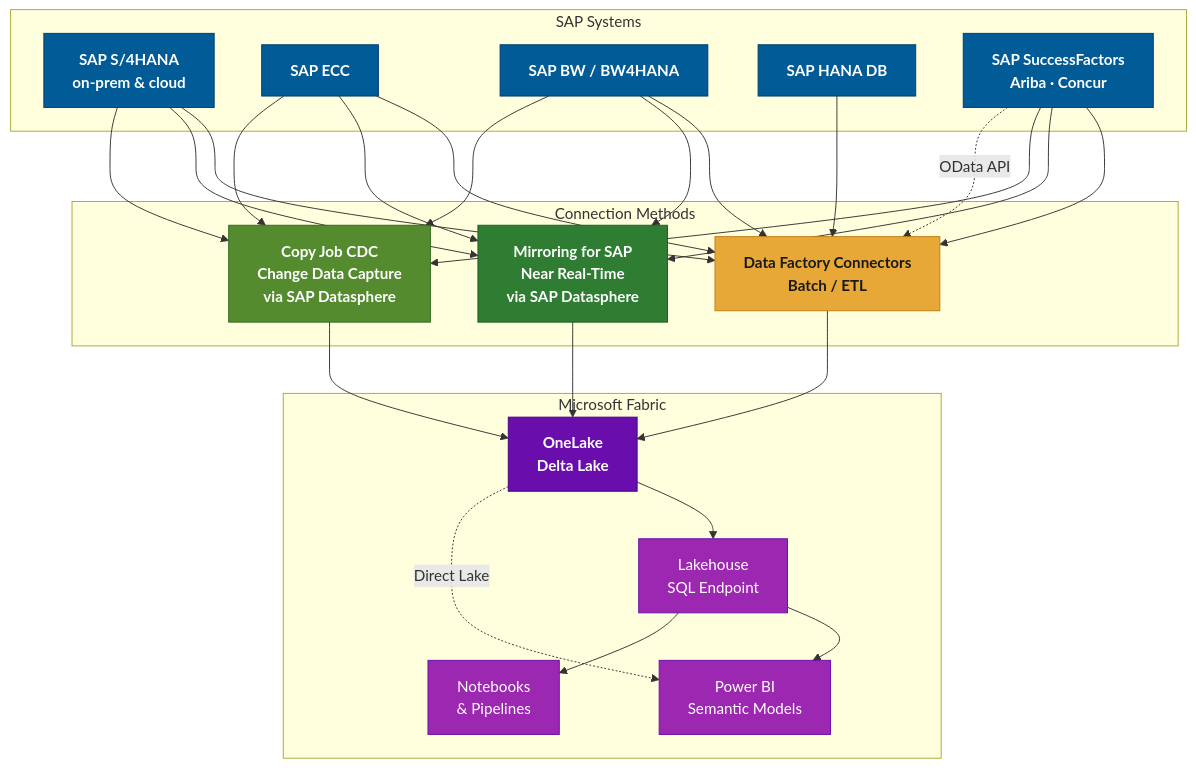
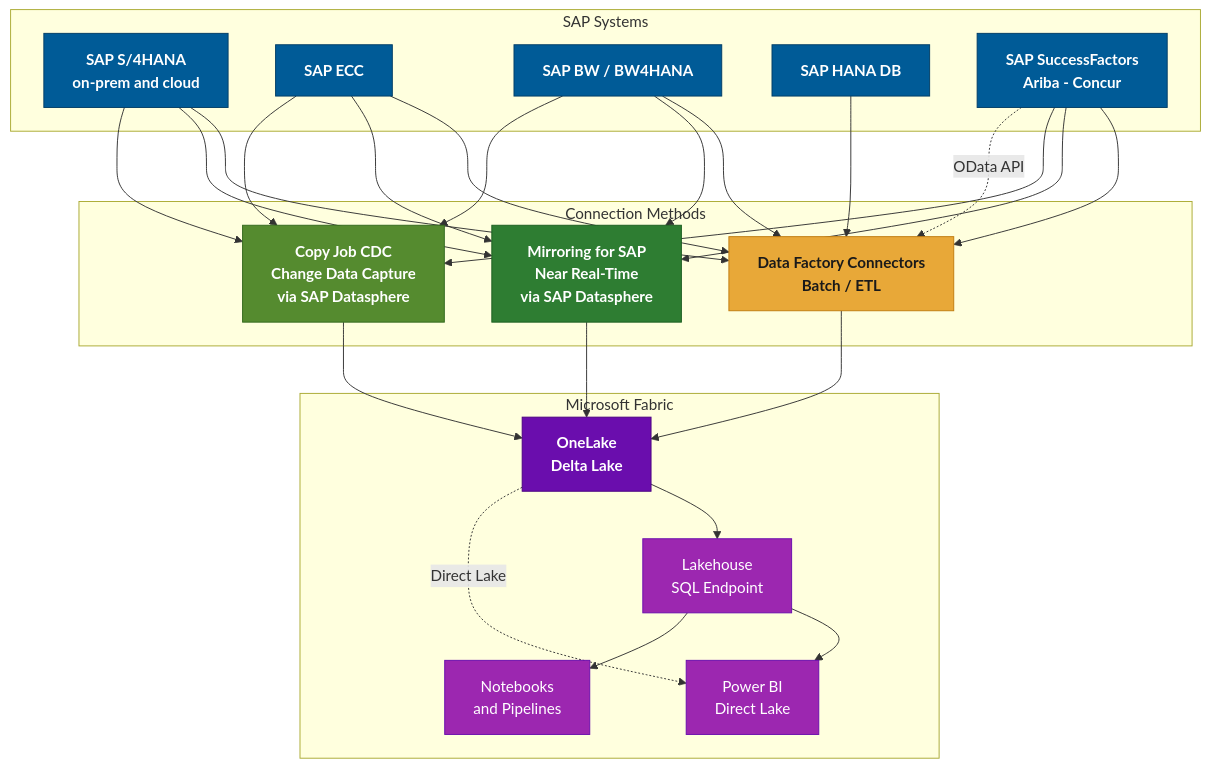
One commit to fredgis/fabric-foundry-kb changed the first of 5 diagrams in SAP_Fabric_Connectivity.md. Above: the diagram before and after it, drawn with Mermaid. The commit also changed other lines of this file and 2 other files, not shown here.

First line of the commit message:
SAP guide: full visual overhaul + per-method architecture diagrams

````diff
--- a/SAP_Fabric_Connectivity.md
+++ b/SAP_Fabric_Connectivity.md
@@ -29,50 +14,50 @@
 ```mermaid
 graph TD
     subgraph SAP["SAP Systems"]
-        S1[SAP S/4HANA<br/>on-prem & cloud]
+        S1[SAP S/4HANA<br/>on-prem and cloud]
         S2[SAP ECC]
         S3[SAP BW / BW4HANA]
         S4[SAP HANA DB]
-        S5[SAP SuccessFactors<br/>Ariba · Concur]
+        S5[SAP SuccessFactors<br/>Ariba - Concur]
     end
 
     subgraph Methods["Connection Methods"]
         M1[Data Factory Connectors<br/>Batch / ETL]
         M2[Mirroring for SAP<br/>Near Real-Time<br/>via SAP Datasphere]
         M3[Copy Job CDC<br/>Change Data Capture<br/>via SAP Datasphere]
     end
 
     subgraph Fabric["Microsoft Fabric"]
         F1[OneLake<br/>Delta Lake]
         F2[Lakehouse<br/>SQL Endpoint]
-        F3[Power BI<br/>Semantic Models]
-        F4[Notebooks<br/>& Pipelines]
+        F3[Power BI<br/>Direct Lake]
+        F4[Notebooks<br/>and Pipelines]
     end
 
     S1 & S2 & S3 & S4 & S5 --> M1
     S1 & S2 & S3 & S5 --> M2
     S1 & S2 & S3 & S5 --> M3
     S5 -.->|OData API| M1
 
     M1 --> F1
     M2 --> F1
     M3 --> F1
     F1 --> F2
     F2 --> F3
     F2 --> F4
     F1 -.->|Direct Lake| F3
 
     classDef sapStyle fill:#005B97,stroke:#003D66,color:#ffffff,font-weight:bold
     classDef methodBatch fill:#E8A838,stroke:#C07C10,color:#1a1a1a,font-weight:bold
     classDef methodMirror fill:#2E7D32,stroke:#1B5E20,color:#ffffff,font-weight:bold
     classDef methodCDC fill:#558B2F,stroke:#33691E,color:#ffffff,font-weight:bold
     classDef fabricCore fill:#6A0DAD,stroke:#4A0080,color:#ffffff,font-weight:bold
     classDef fabricEnd fill:#9C27B0,stroke:#6A0DAD,color:#ffffff
 
     class S1,S2,S3,S4,S5 sapStyle
     class M1 methodBatch
     class M2 methodMirror
     class M3 methodCDC
     class F1 fabricCore
     class F2,F3,F4 fabricEnd
 ```
````
